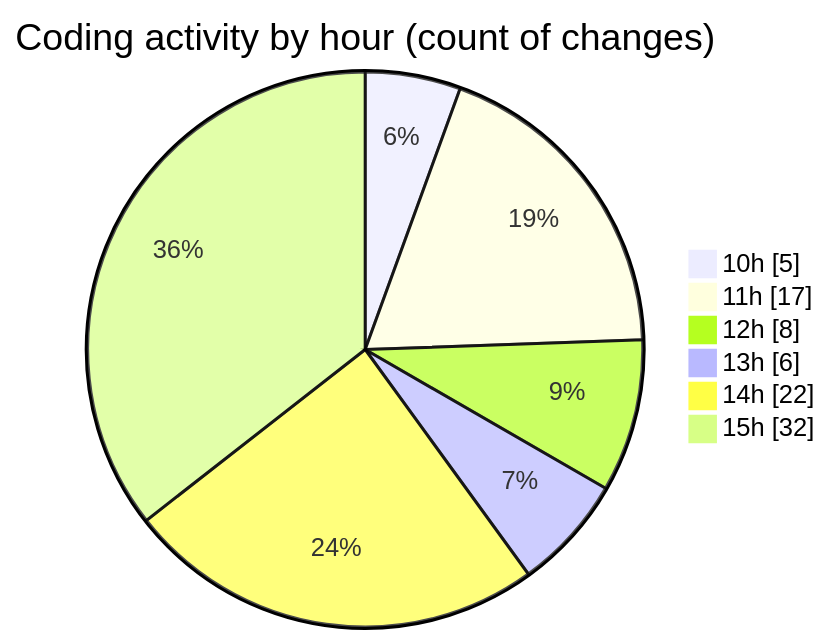
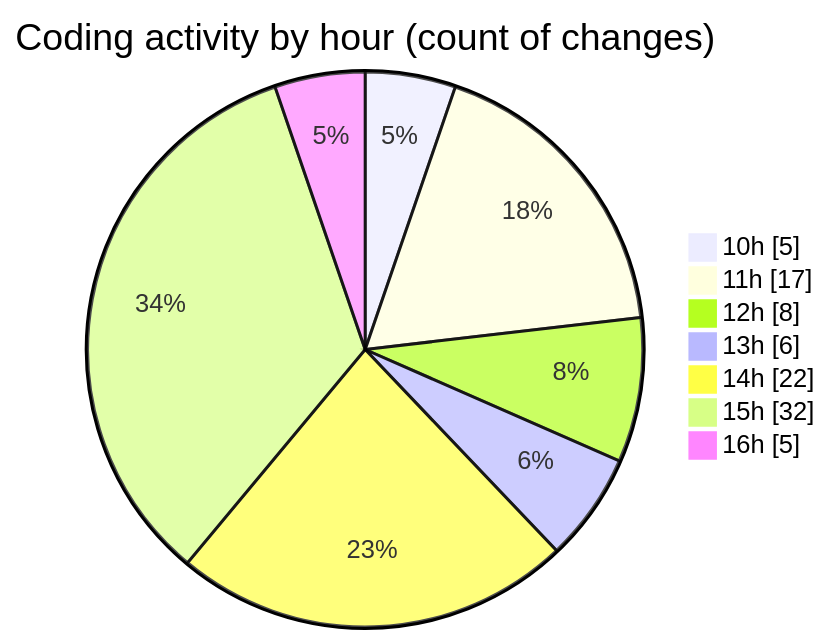
The second of 2 diagrams in 2025-05-05/ecodeli/README.md (CELIANVF/code-tracking), drawn with Mermaid before and after one commit. The commit also changed other lines of this file and 1 other file, not shown here.

````diff
--- a/2025-05-05/ecodeli/README.md
+++ b/2025-05-05/ecodeli/README.md
@@ -65,10 +67,11 @@
 ```mermaid
 pie showData
 title Coding activity by hour (count of changes)
 "10h" : 5
 "11h" : 17
 "12h" : 8
 "13h" : 6
 "14h" : 22
 "15h" : 32
+"16h" : 5
 ```
````
